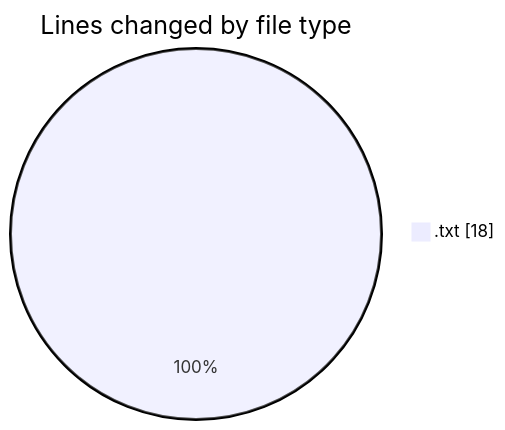
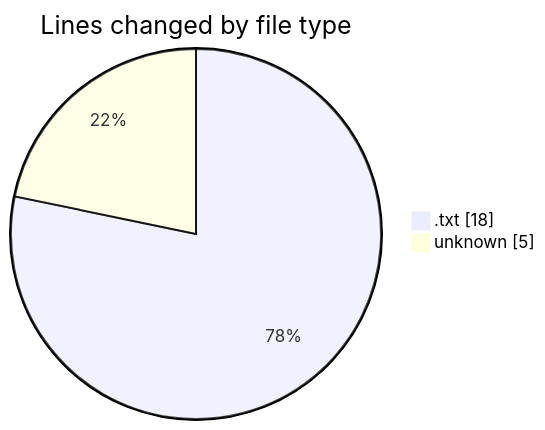
Before and after one commit to Elitesun/code-tracking: the first of 2 diagrams in 2025-02-13/saved_code/README.md, drawn with Mermaid. The commit also changed other lines of this file and 1 other file, not shown here.

````diff
--- a/2025-02-13/saved_code/README.md
+++ b/2025-02-13/saved_code/README.md
@@ -20,5 +21,6 @@
 ```mermaid
 pie showData
 title Lines changed by file type
 ".txt" : 18
+"unknown" : 5
 ```
````
